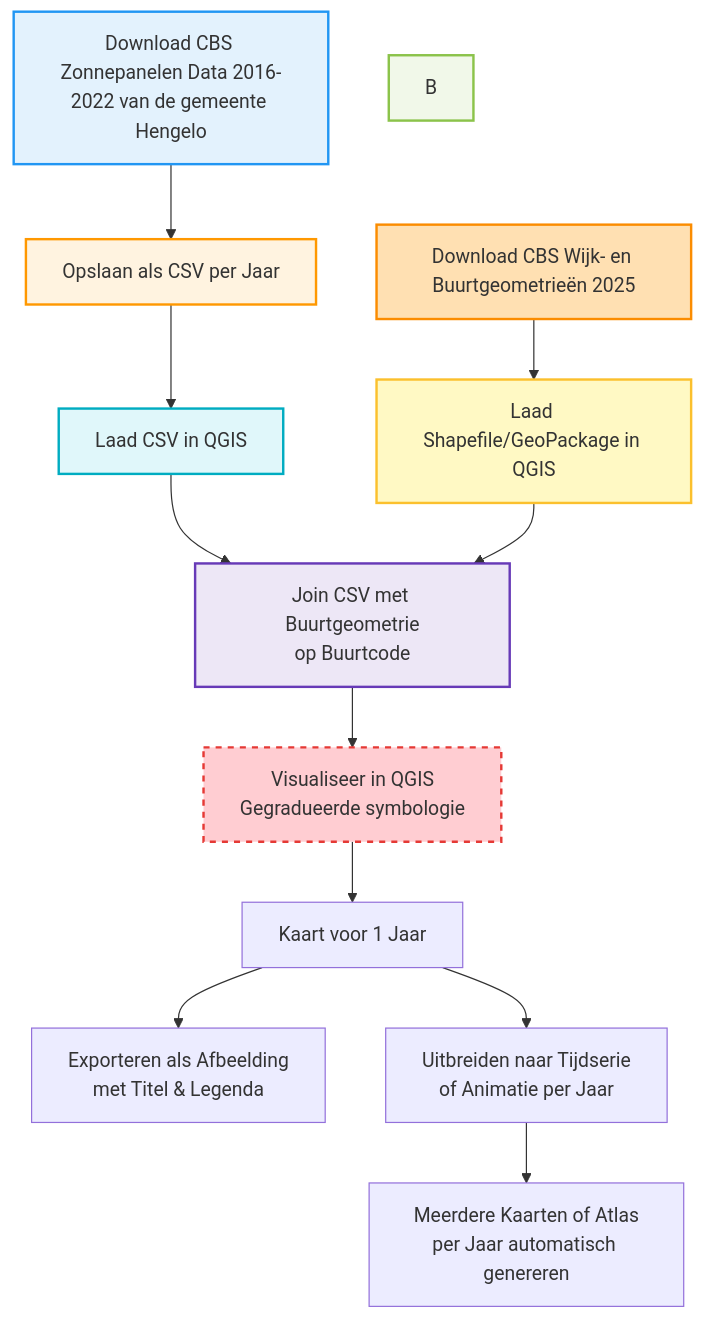
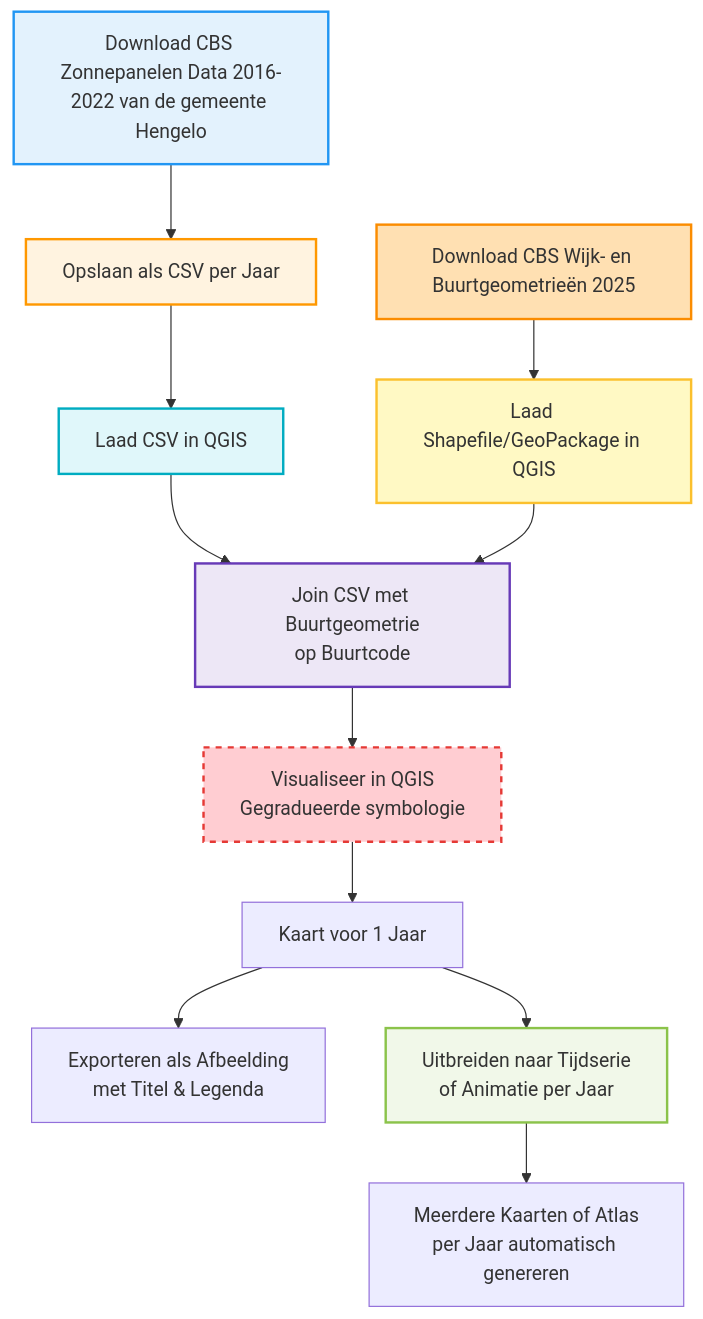
The diagram in docs/projects/zonnepanelen.md (ConnieVeer/connieveer), drawn with Mermaid before and after one commit.

```diff
--- a/docs/projects/zonnepanelen.md
+++ b/docs/projects/zonnepanelen.md
@@ -32,29 +32,29 @@
 <pre class="mermaid">
 flowchart TD
     A[Download CBS Zonnepanelen Data 2016-2022 van de gemeente Hengelo] --> C[Opslaan als CSV per Jaar]
 
     D[Download CBS Wijk- en Buurtgeometrieën 2025] --> E[Laad Shapefile/GeoPackage in QGIS]
     C --> F[Laad CSV in QGIS]
 
     F --> G[Join CSV met Buurtgeometrie<br>op Buurtcode]
     E --> G
 
     G --> H[Visualiseer in QGIS<br>Gegradueerde symbologie]
     H --> I[Kaart voor 1 Jaar]
 
     I --> J[Exporteren als Afbeelding<br>met Titel & Legenda]
 
     %% Verbetering naar meerdere jaren
     I --> K[Uitbreiden naar Tijdserie<br>of Animatie per Jaar]
     K --> L[Meerdere Kaarten of Atlas<br>per Jaar automatisch genereren]
   
 
     style A fill:#e3f2fd,stroke:#2196f3,stroke-width:2px
-    style B fill:#f1f8e9,stroke:#8bc34a,stroke-width:2px
+    style K fill:#f1f8e9,stroke:#8bc34a,stroke-width:2px
     style C fill:#fff3e0,stroke:#ff9800,stroke-width:2px
     style D fill:#ffe0b2,stroke:#fb8c00,stroke-width:2px
     style E fill:#fff9c4,stroke:#fbc02d,stroke-width:2px
     style F fill:#e0f7fa,stroke:#00acc1,stroke-width:2px
     style G fill:#ede7f6,stroke:#673ab7,stroke-width:2px
     style H fill:#ffcdd2,stroke:#e53935,stroke-width:2px,stroke-dasharray: 5 5
 </pre>
```
